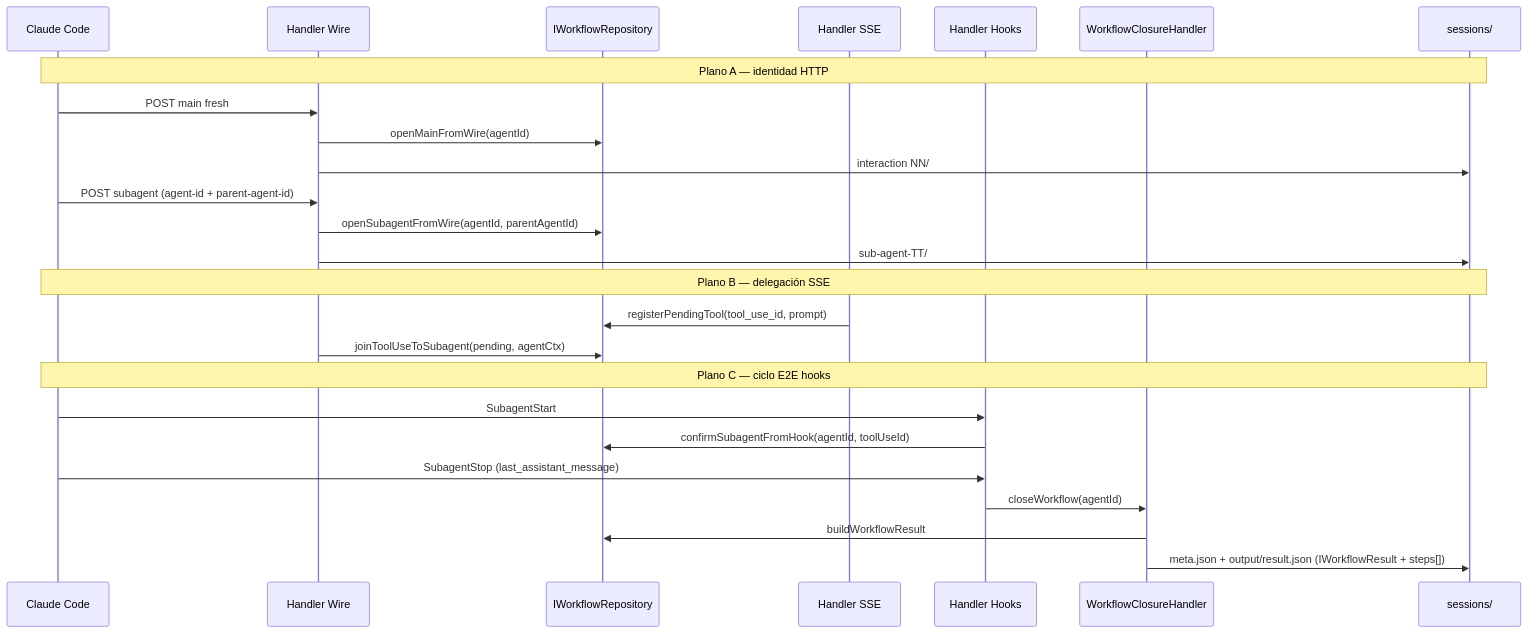
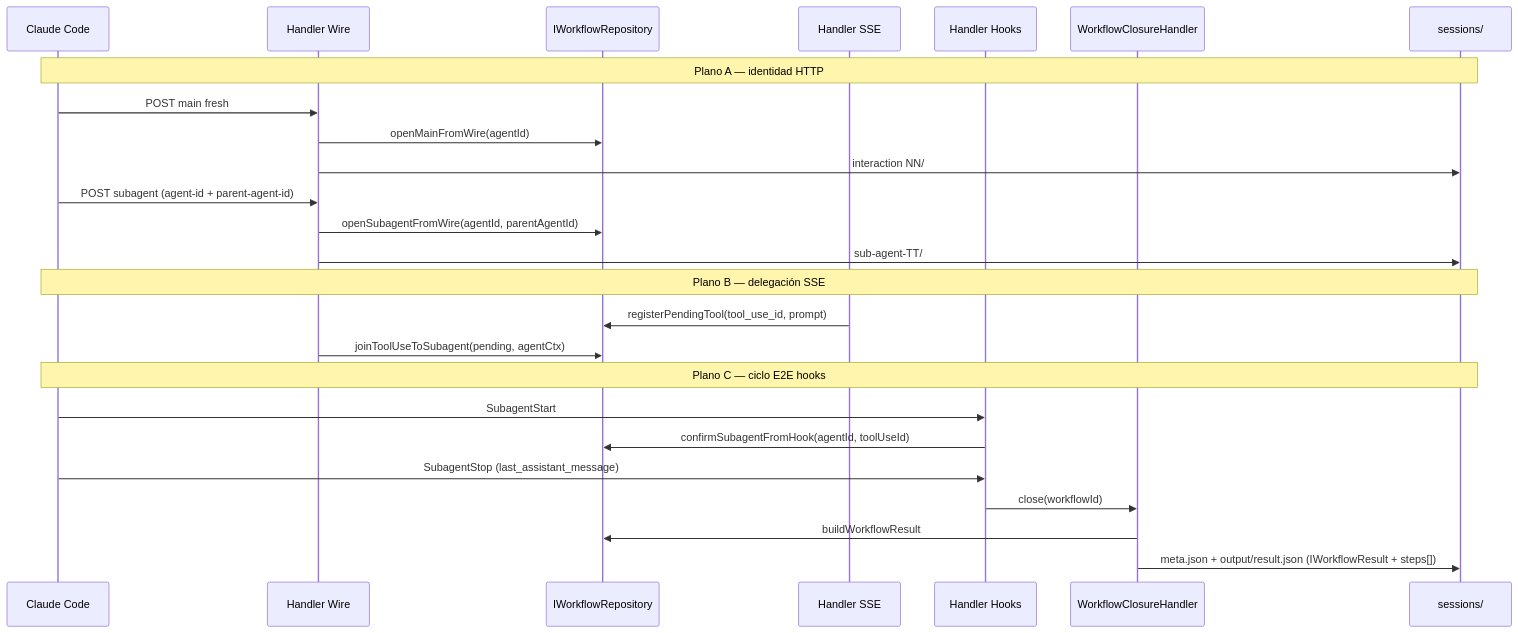
One commit to CristianRojas-SoftwareEngineer/EvolutiveX-Agent-Orchestrator changed the ninth of 21 diagrams in docs/proposals/gateway-design.md. Above: the diagram before and after it, drawn with Mermaid. The commit also changed other lines of this file and 7 other files, not shown here.

````diff
--- a/docs/proposals/gateway-design.md
+++ b/docs/proposals/gateway-design.md
@@ -1350,30 +1350,30 @@
 ```mermaid
 sequenceDiagram
   participant CC as Claude Code
   participant Wire as Handler Wire
   participant Repo as IWorkflowRepository
   participant SSE as Handler SSE
   participant Hook as Handler Hooks
   participant Close as WorkflowClosureHandler
   participant Disk as sessions/
 
   Note over CC,Disk: Plano A — identidad HTTP
   CC->>Wire: POST main fresh
   Wire->>Repo: openMainFromWire(agentId)
   Wire->>Disk: interaction NN/
   CC->>Wire: POST subagent (agent-id + parent-agent-id)
   Wire->>Repo: openSubagentFromWire(agentId, parentAgentId)
   Wire->>Disk: sub-agent-TT/
 
   Note over CC,Disk: Plano B — delegación SSE
   SSE->>Repo: registerPendingTool(tool_use_id, prompt)
   Wire->>Repo: joinToolUseToSubagent(pending, agentCtx)
 
   Note over CC,Disk: Plano C — ciclo E2E hooks
   CC->>Hook: SubagentStart
   Hook->>Repo: confirmSubagentFromHook(agentId, toolUseId)
   CC->>Hook: SubagentStop (last_assistant_message)
-  Hook->>Close: closeWorkflow(agentId)
+  Hook->>Close: close(workflowId)
   Close->>Repo: buildWorkflowResult
   Close->>Disk: meta.json + output/result.json (IWorkflowResult + steps[])
 ```
````
